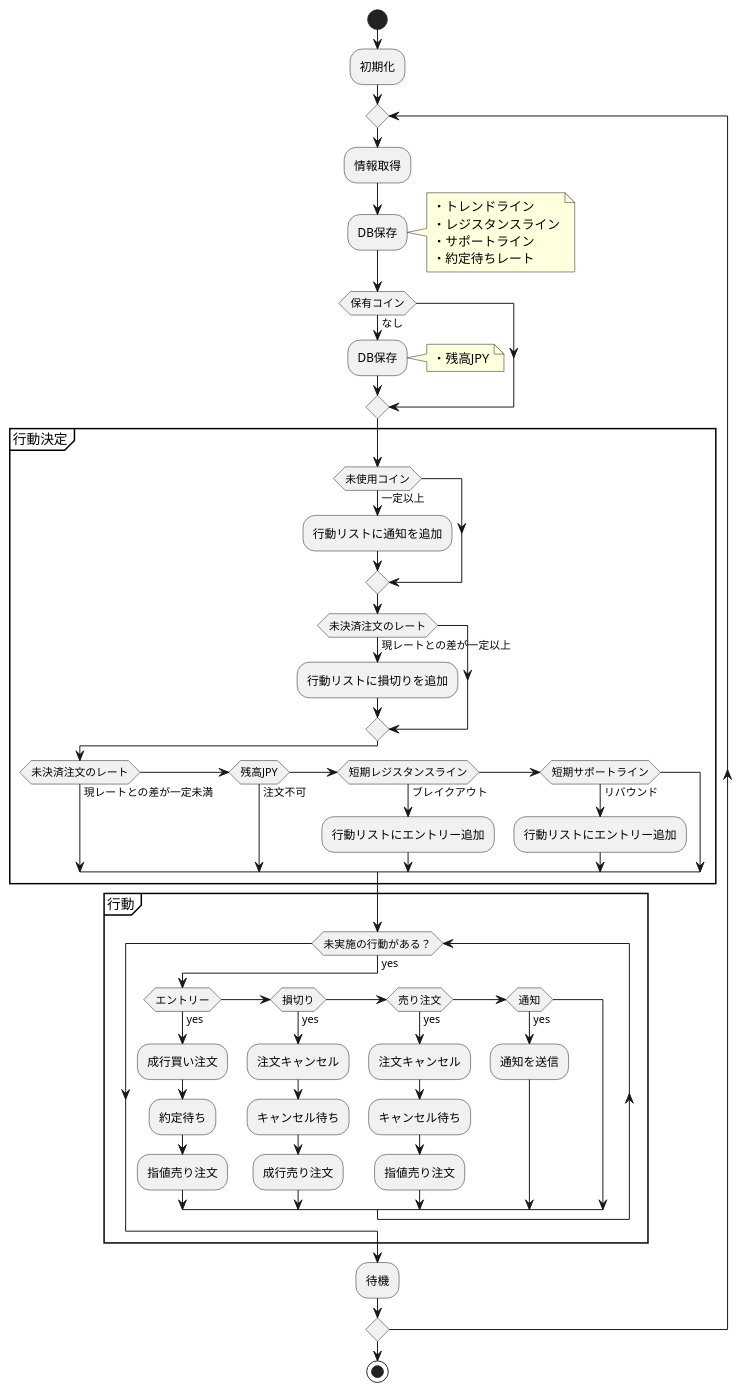
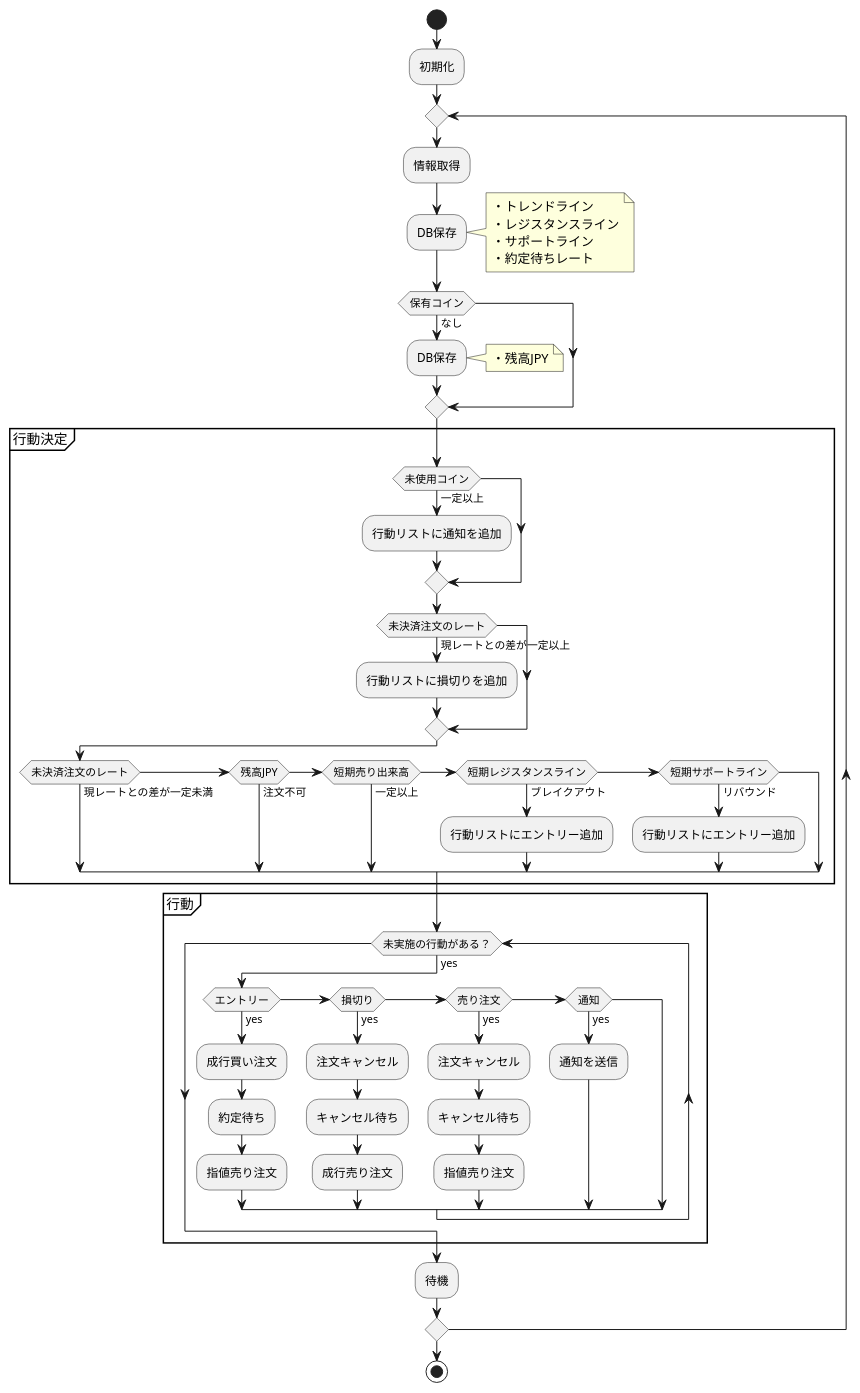
Before and after one commit to canpok1/trading-bot-rust: the diagram in docs/bot.plantuml, drawn with PlantUML. The commit also changed 5 other files, not shown here.

```diff
--- a/docs/bot.plantuml
+++ b/docs/bot.plantuml
@@ -1,65 +1,66 @@
 @startuml trading-bot-rust
 start
 
 :初期化;
 
 repeat
     :情報取得;
 
     :DB保存;
     note right
         ・トレンドライン
         ・レジスタンスライン
         ・サポートライン
         ・約定待ちレート
     end note
 
     if (保有コイン) then (なし)
         :DB保存;
         note right
             ・残高JPY
         end note
     endif
 
     partition 行動決定 {
         if (未使用コイン) then (一定以上)
             :行動リストに通知を追加;
         endif
 
         if (未決済注文のレート) then (現レートとの差が一定以上)
             :行動リストに損切りを追加;
         endif
         if (未決済注文のレート) then (現レートとの差が一定未満)
         elseif (残高JPY) then (注文不可)
+        elseif (短期売り出来高) then (一定以上)
         elseif (短期レジスタンスライン) then (ブレイクアウト)
             :行動リストにエントリー追加;
         elseif (短期サポートライン) then (リバウンド)
             :行動リストにエントリー追加;
         endif
     }
 
     partition 行動 {
         while (未実施の行動がある？) is (yes)
             if (エントリー) then (yes)
                 :成行買い注文;
                 :約定待ち;
                 :指値売り注文;
             elseif (損切り) then (yes)
                 :注文キャンセル;
                 :キャンセル待ち;
                 :成行売り注文;
             elseif (売り注文) then (yes)
                 :注文キャンセル;
                 :キャンセル待ち;
                 :指値売り注文;
             elseif (通知) then (yes)
                 :通知を送信;
             endif
         endwhile
     }
 
     :待機;
 repeat while
 
 stop
 @enduml
```
